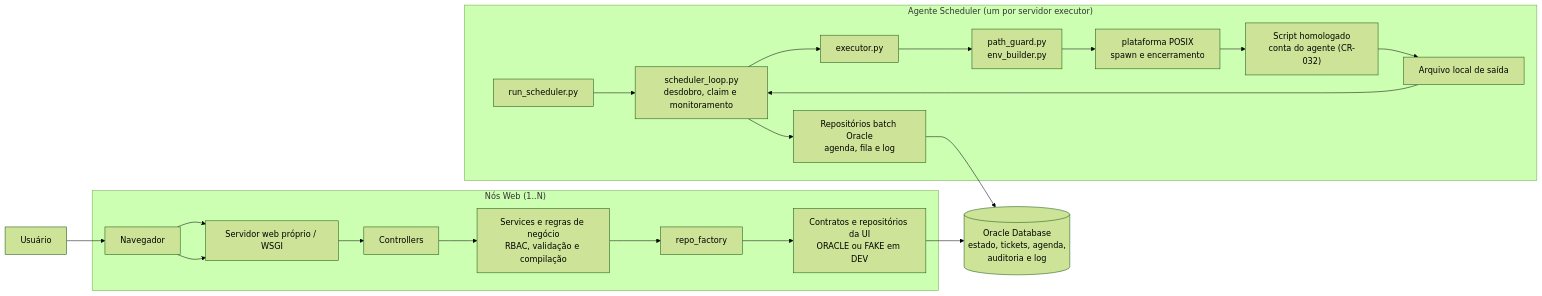
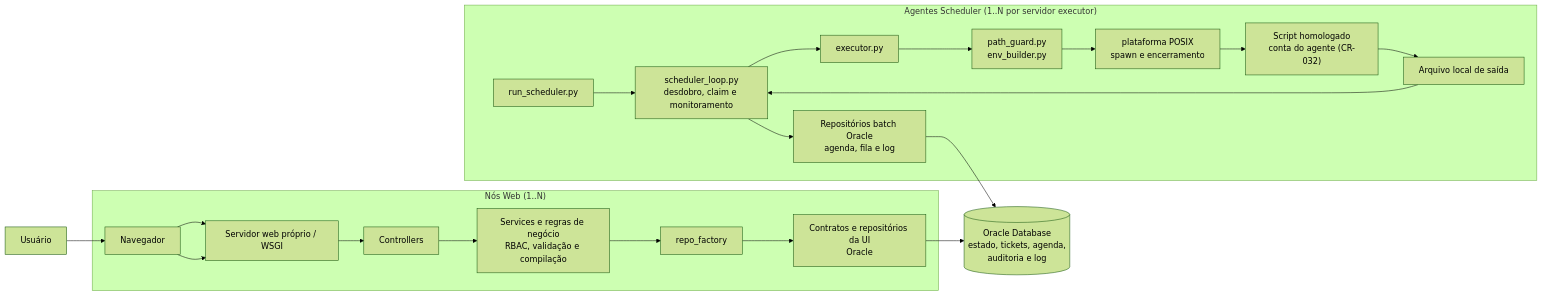
Before and after one commit to ferreirasilvaeduardo/script_scheduling_service_web2py: the first of 2 diagrams in README.md, drawn with Mermaid (forest theme). The commit also changed other lines of this file and 18 other files, not shown here.

````diff
--- a/README.md
+++ b/README.md
@@ -3111,36 +3191,36 @@
 ```mermaid
 flowchart LR
     pessoa["Usuário"]
     browser["Navegador"]
 
     subgraph web["Nós Web (1..N)"]
         wsgi["Servidor web próprio / WSGI"]
         controllers["Controllers"]
         services["Services e regras de negócio<br/>RBAC, validação e compilação"]
         factory["repo_factory"]
-        ui_repos["Contratos e repositórios da UI<br/>ORACLE ou FAKE em DEV"]
+        ui_repos["Contratos e repositórios da UI<br/>Oracle"]
         browser --> wsgi --> controllers --> services --> factory --> ui_repos
     end
 
-    subgraph agente["Agente Scheduler (um por servidor executor)"]
+    subgraph agente["Agentes Scheduler (1..N por servidor executor)"]
         entry["run_scheduler.py"]
         loop["scheduler_loop.py<br/>desdobro, claim e monitoramento"]
         batch["Repositórios batch Oracle<br/>agenda, fila e log"]
         executor["executor.py"]
         guards["path_guard.py<br/>env_builder.py"]
         platform["plataforma POSIX<br/>spawn e encerramento"]
         script["Script homologado<br/>conta do agente (CR-032)"]
         local_log["Arquivo local de saída"]
         entry --> loop
         loop --> batch
         loop --> executor --> guards --> platform
         platform --> script
         script --> local_log
         local_log --> loop
     end
 
     oracle[("Oracle Database<br/>estado, tickets, agenda,<br/>auditoria e log")]
     pessoa --> browser --> wsgi
     ui_repos --> oracle
     batch --> oracle
 ```
````
